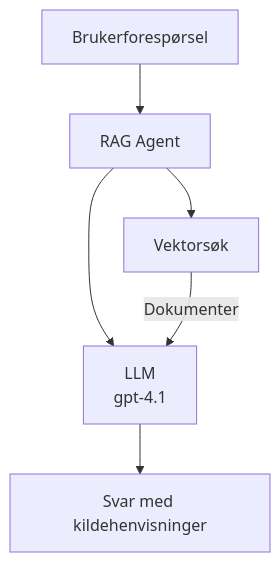
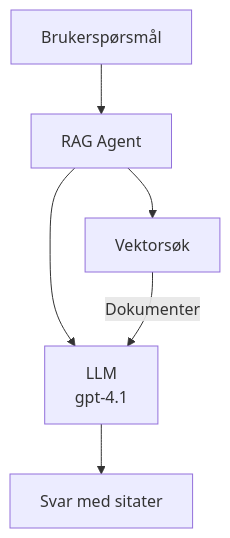
Before and after one commit to microsoft/AZD-for-beginners: the second of 3 diagrams in translations/no/docs/chapter-02-ai-development/agents.md, drawn with Mermaid. The commit also changed other lines of this file and 104 other files, not shown here.

````diff
--- a/translations/no/docs/chapter-02-ai-development/agents.md
+++ b/translations/no/docs/chapter-02-ai-development/agents.md
@@ -175,8 +181,8 @@
 ```mermaid
 graph TD
-    Query[Brukerforespørsel] --> RAG[RAG Agent]
+    Query[Brukerspørsmål] --> RAG[RAG Agent]
     RAG --> Vector[Vektorsøk]
     RAG --> LLM[LLM<br/>gpt-4.1]
     Vector -- Dokumenter --> LLM
-    LLM --> Response[Svar med kildehenvisninger]
+    LLM --> Response[Svar med sitater]
 ```
````
